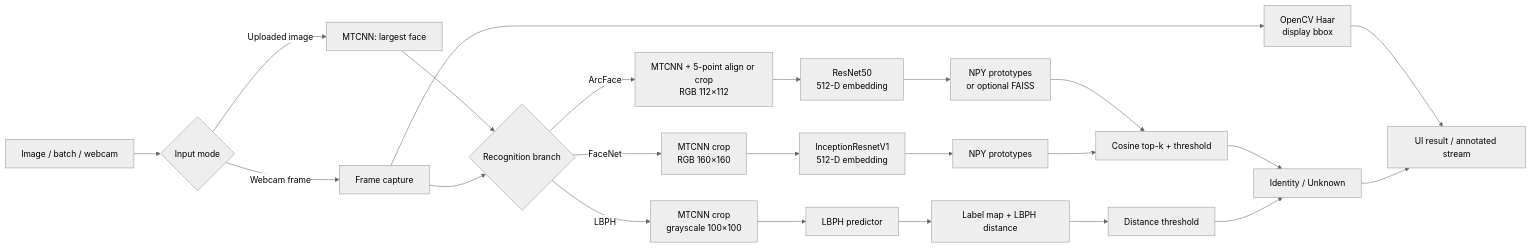
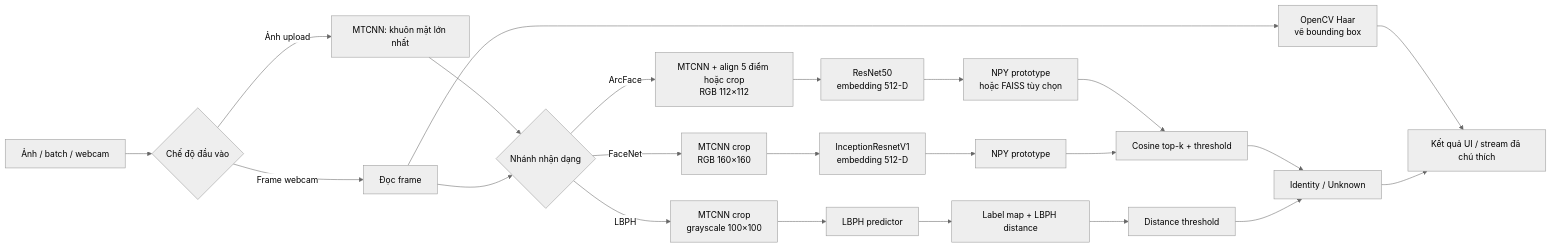
The diagram in README.md (sin0235/FaceRecognition), drawn with Mermaid (neutral theme) before and after one commit. The commit also changed other lines of this file and 1 other file, not shown here.

````diff
--- a/README.md
+++ b/README.md
@@ -53,29 +55,29 @@
 ```mermaid
 flowchart LR
-    A[Image / batch / webcam] --> B{Input mode}
-    B -->|Uploaded image| C[MTCNN: largest face]
-    B -->|Webcam frame| D[Frame capture]
-    D --> R[OpenCV Haar<br/>display bbox]
-    C --> E{Recognition branch}
+    A[Ảnh / batch / webcam] --> B{Chế độ đầu vào}
+    B -->|Ảnh upload| C[MTCNN: khuôn mặt lớn nhất]
+    B -->|Frame webcam| D[Đọc frame]
+    D --> R[OpenCV Haar<br/>vẽ bounding box]
+    C --> E{Nhánh nhận dạng}
     D --> E
 
-    E -->|ArcFace| F[MTCNN + 5-point align or crop<br/>RGB 112×112]
+    E -->|ArcFace| F[MTCNN + align 5 điểm hoặc crop<br/>RGB 112×112]
     E -->|FaceNet| G[MTCNN crop<br/>RGB 160×160]
     E -->|LBPH| H[MTCNN crop<br/>grayscale 100×100]
 
-    F --> I[ResNet50<br/>512-D embedding]
-    G --> J[InceptionResnetV1<br/>512-D embedding]
+    F --> I[ResNet50<br/>embedding 512-D]
+    G --> J[InceptionResnetV1<br/>embedding 512-D]
     H --> K[LBPH predictor]
 
-    I --> L[NPY prototypes<br/>or optional FAISS]
-    J --> M[NPY prototypes]
+    I --> L[NPY prototype<br/>hoặc FAISS tùy chọn]
+    J --> M[NPY prototype]
     K --> N[Label map + LBPH distance]
 
     L --> O[Cosine top-k + threshold]
     M --> O
     N --> P[Distance threshold]
     O --> Q[Identity / Unknown]
     P --> Q
-    R --> S[UI result / annotated stream]
+    R --> S[Kết quả UI / stream đã chú thích]
     Q --> S
 ```
````
